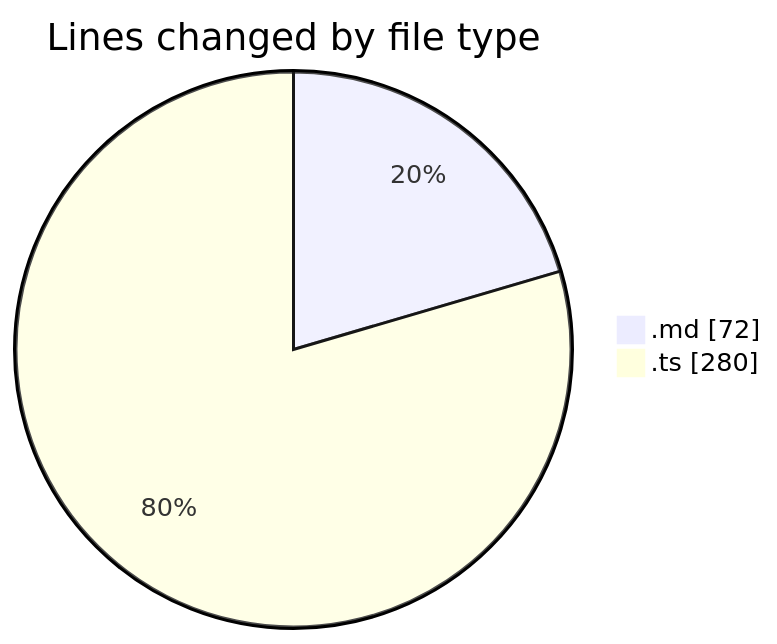
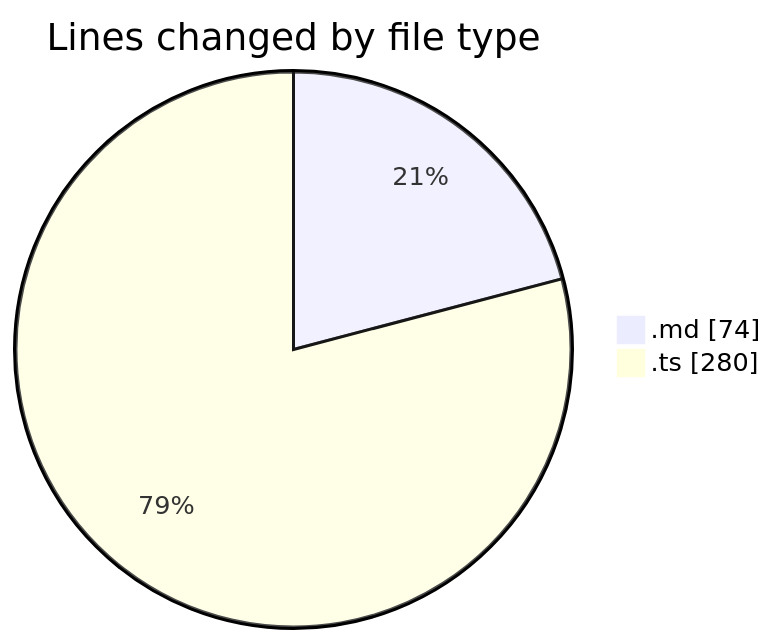
The first of 2 diagrams in 2024-12-30/my-code-activity-ext/README.md (ernivani/code-tracking), drawn with Mermaid before and after one commit. The commit also changed other lines of this file and 1 other file, not shown here.

````diff
--- a/2024-12-30/my-code-activity-ext/README.md
+++ b/2024-12-30/my-code-activity-ext/README.md
@@ -22,6 +22,6 @@
 ```mermaid
 pie showData
 title Lines changed by file type
-".md" : 72
+".md" : 74
 ".ts" : 280
 ```
````
